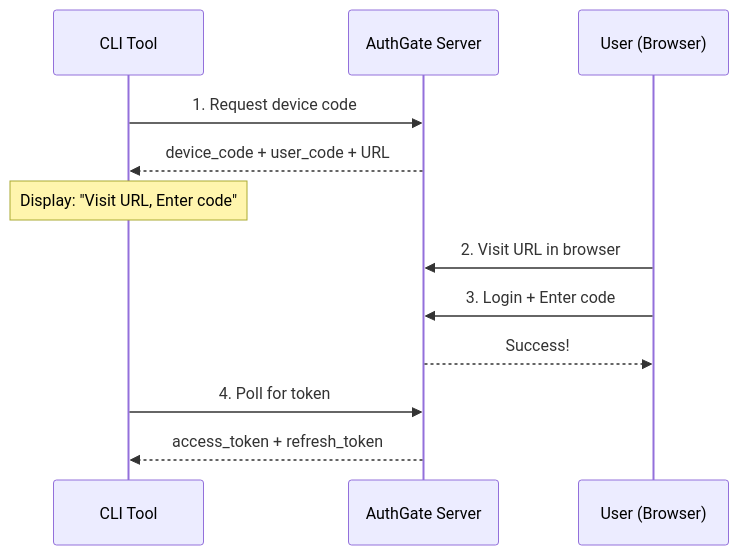
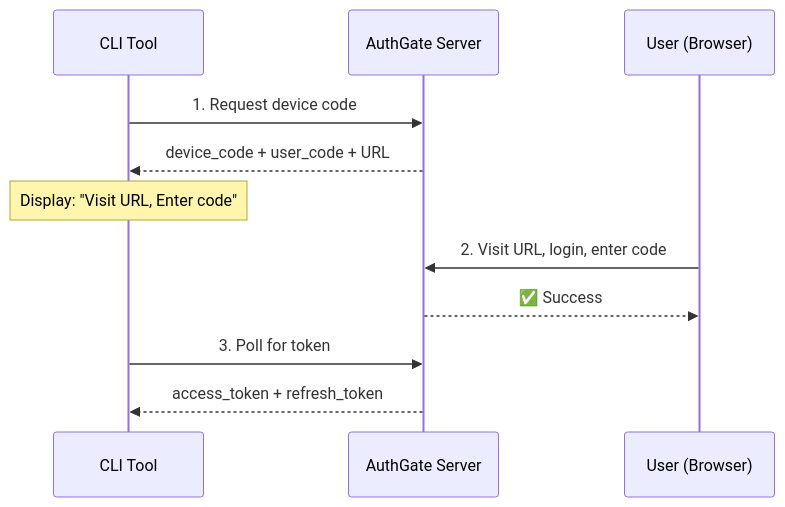
The first of 2 diagrams in README.md (go-authgate/authgate), drawn with Mermaid before and after one commit. The commit also changed other lines of this file and 28 other files, not shown here.

First line of the commit message:
feat: add OAuth 2.0 Authorization Code Flow with PKCE and consent management (#35)

````diff
--- a/README.md
+++ b/README.md
@@ -180,18 +189,17 @@
 ```mermaid
 sequenceDiagram
     participant CLI as CLI Tool
     participant AuthGate as AuthGate Server
     participant User as User (Browser)
 
     CLI->>AuthGate: 1. Request device code
     AuthGate-->>CLI: device_code + user_code + URL
 
     Note over CLI: Display: "Visit URL, Enter code"
 
-    User->>AuthGate: 2. Visit URL in browser
-    User->>AuthGate: 3. Login + Enter code
-    AuthGate-->>User: Success!
+    User->>AuthGate: 2. Visit URL, login, enter code
+    AuthGate-->>User: ✅ Success
 
-    CLI->>AuthGate: 4. Poll for token
+    CLI->>AuthGate: 3. Poll for token
     AuthGate-->>CLI: access_token + refresh_token
 ```
````
